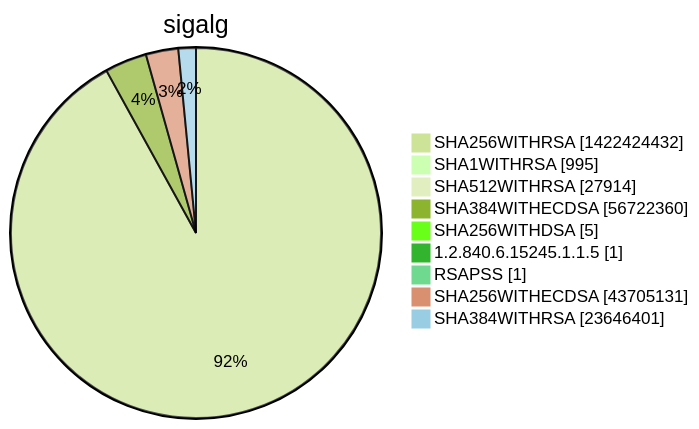
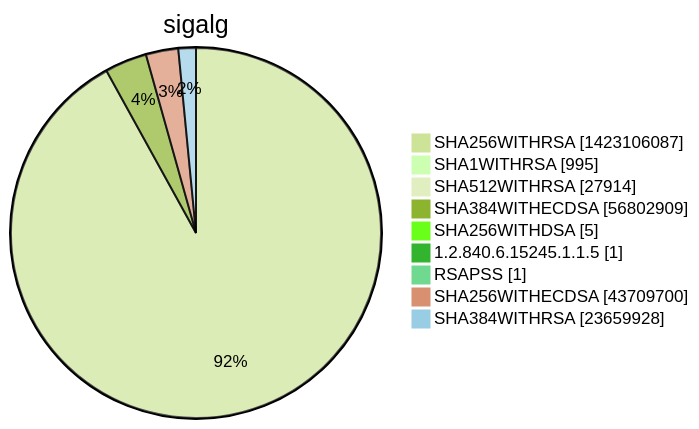
Diagram 15 of 15 in xenon2022/README.md (christiankrug/ctmonitor_visualization), drawn with Mermaid (forest theme) before and after one commit. The commit also changed other lines of this file, not shown here.

````diff
--- a/xenon2022/README.md
+++ b/xenon2022/README.md
@@ -5858,13 +5858,13 @@
 ```mermaid
 pie showData
 title sigalg
-"SHA256WITHRSA" :1422424432
+"SHA256WITHRSA" :1423106087
 "SHA1WITHRSA" :995
 "SHA512WITHRSA" :27914
-"SHA384WITHECDSA" :56722360
+"SHA384WITHECDSA" :56802909
 "SHA256WITHDSA" :5
 "1.2.840.6.15245.1.1.5" :1
 "RSAPSS" :1
-"SHA256WITHECDSA" :43705131
-"SHA384WITHRSA" :23646401
+"SHA256WITHECDSA" :43709700
+"SHA384WITHRSA" :23659928
 ```
````
